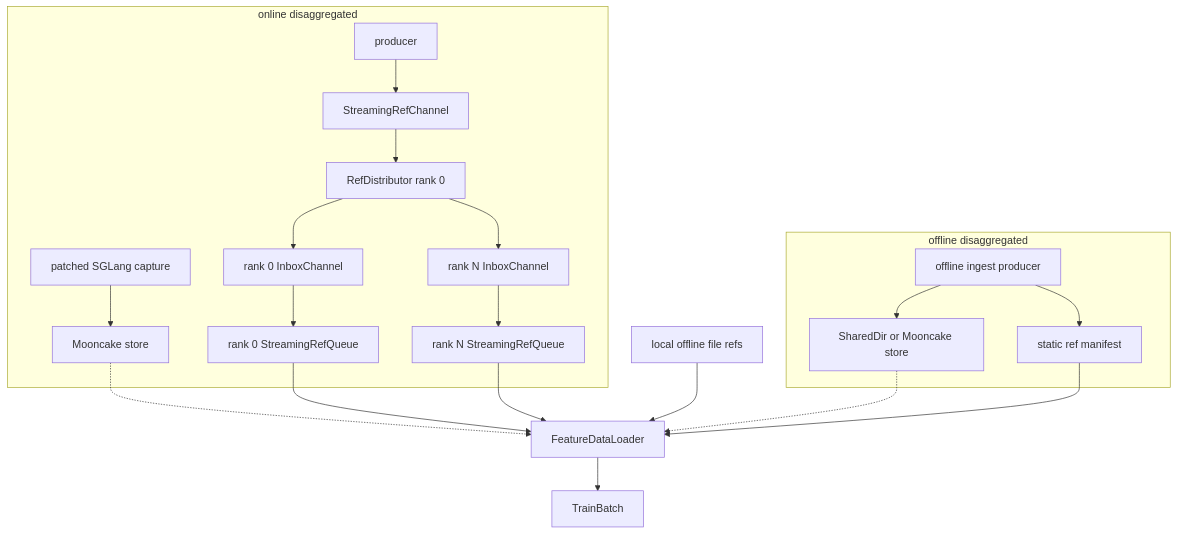
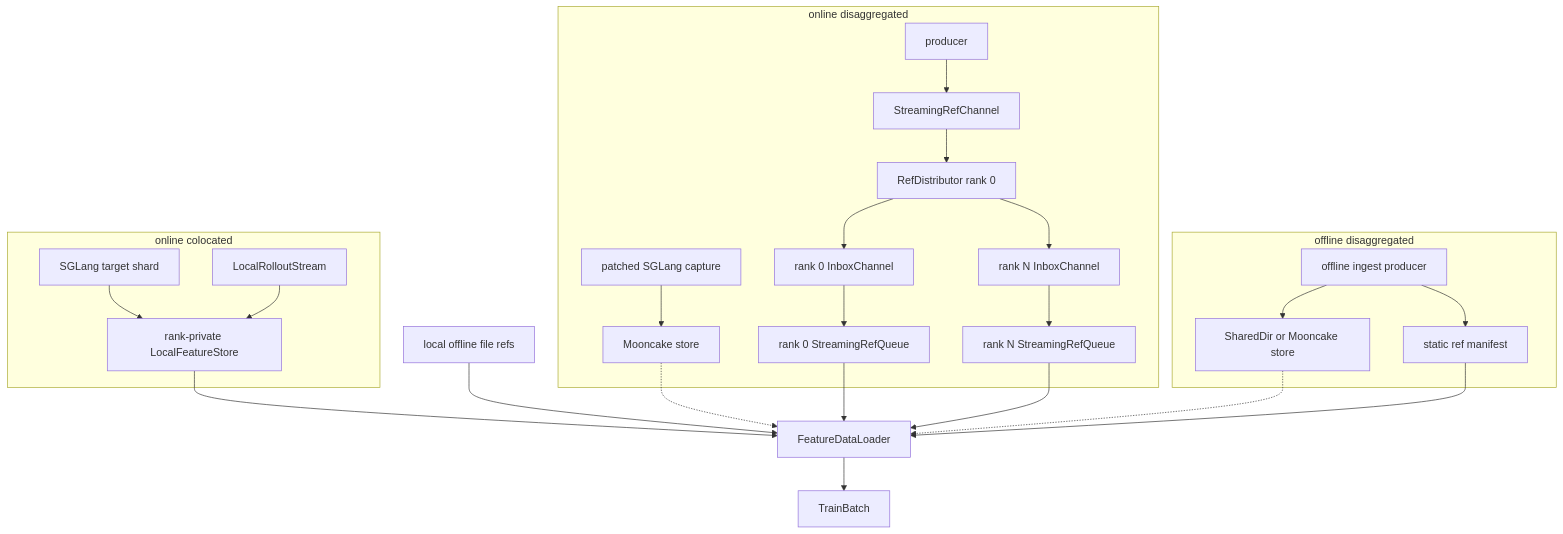
The diagram in specforge/runtime/data_plane/DESIGN.md (sgl-project/SpecForge), drawn with Mermaid before and after one commit. The commit also changed other lines of this file and 48 other files, not shown here.

Commit message:
feat: add scalable colocated online training

````diff
--- a/specforge/runtime/data_plane/DESIGN.md
+++ b/specforge/runtime/data_plane/DESIGN.md
@@ -20,25 +20,31 @@
 ```mermaid
 flowchart TD
   subgraph DO[offline disaggregated]
     ING[offline ingest producer] --> DSTORE[SharedDir or Mooncake store]
     ING --> MAN[static ref manifest]
   end
 
   subgraph DON[online disaggregated]
     SGC[patched SGLang capture] --> MC[Mooncake store]
     OP[producer] --> SRC[StreamingRefChannel]
     SRC --> RD[RefDistributor rank 0]
     RD --> I0[rank 0 InboxChannel]
     RD --> IN[rank N InboxChannel]
     I0 --> Q0[rank 0 StreamingRefQueue]
     IN --> QN[rank N StreamingRefQueue]
   end
 
+  subgraph CON[online colocated]
+    LSG[SGLang target shard] --> LSTORE[rank-private LocalFeatureStore]
+    LRS[LocalRolloutStream] --> LSTORE
+  end
+
   OFF[local offline file refs] --> DL[FeatureDataLoader]
   MAN --> DL
   Q0 --> DL
   QN --> DL
   DSTORE -.-> DL
   MC -.-> DL
+  LSTORE --> DL
   DL --> TB[TrainBatch]
 ```
````
